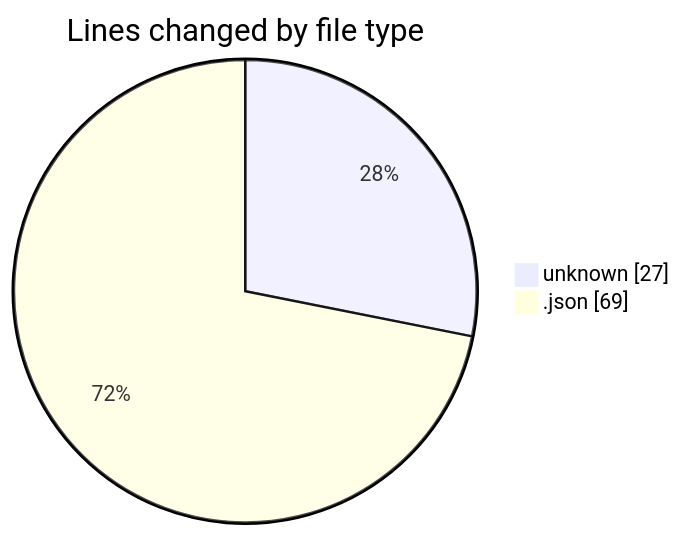
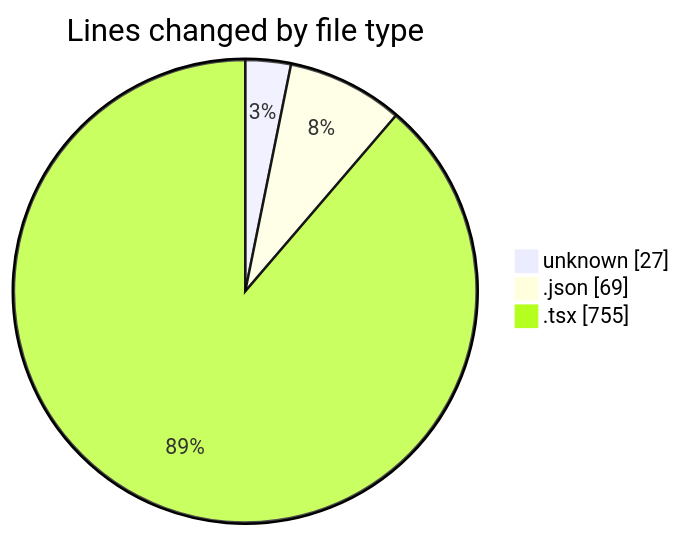
Before and after one commit to robertbonfada/code-tracking: the first of 2 diagrams in 2025-01-14/mbc-web/README.md, drawn with Mermaid. The commit also changed other lines of this file and 1 other file, not shown here.

````diff
--- a/2025-01-14/mbc-web/README.md
+++ b/2025-01-14/mbc-web/README.md
@@ -21,6 +24,7 @@
 ```mermaid
 pie showData
 title Lines changed by file type
 "unknown" : 27
 ".json" : 69
+".tsx" : 755
 ```
````
